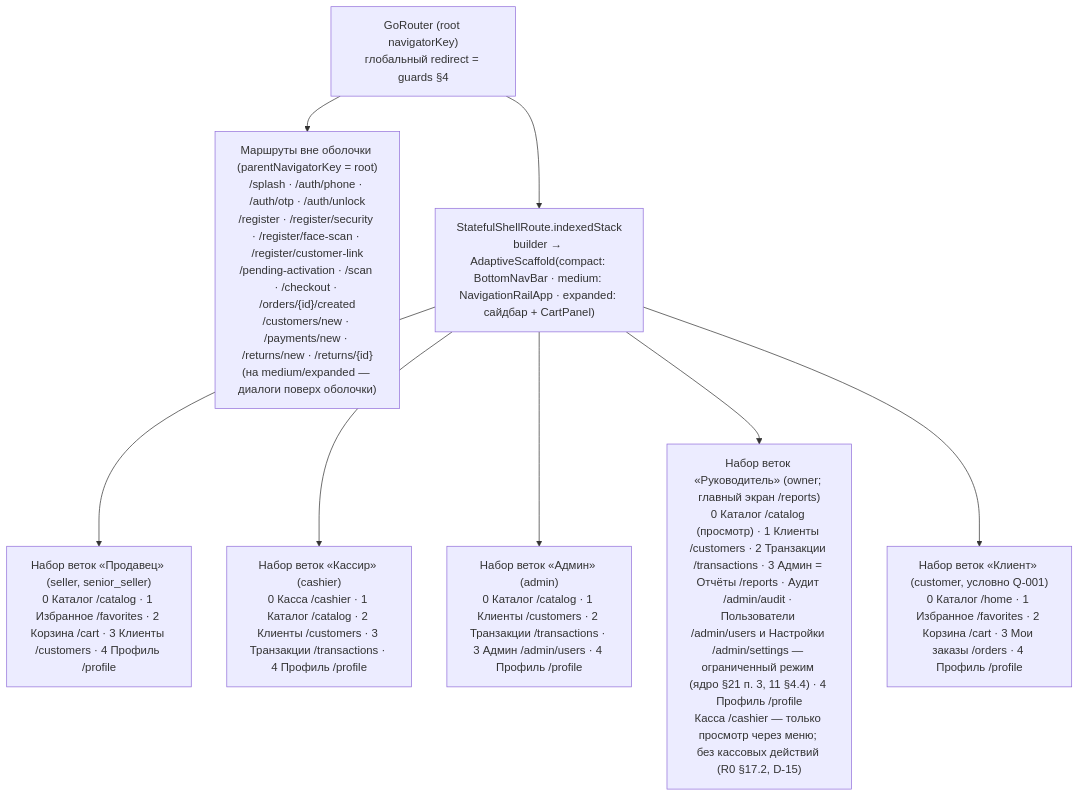
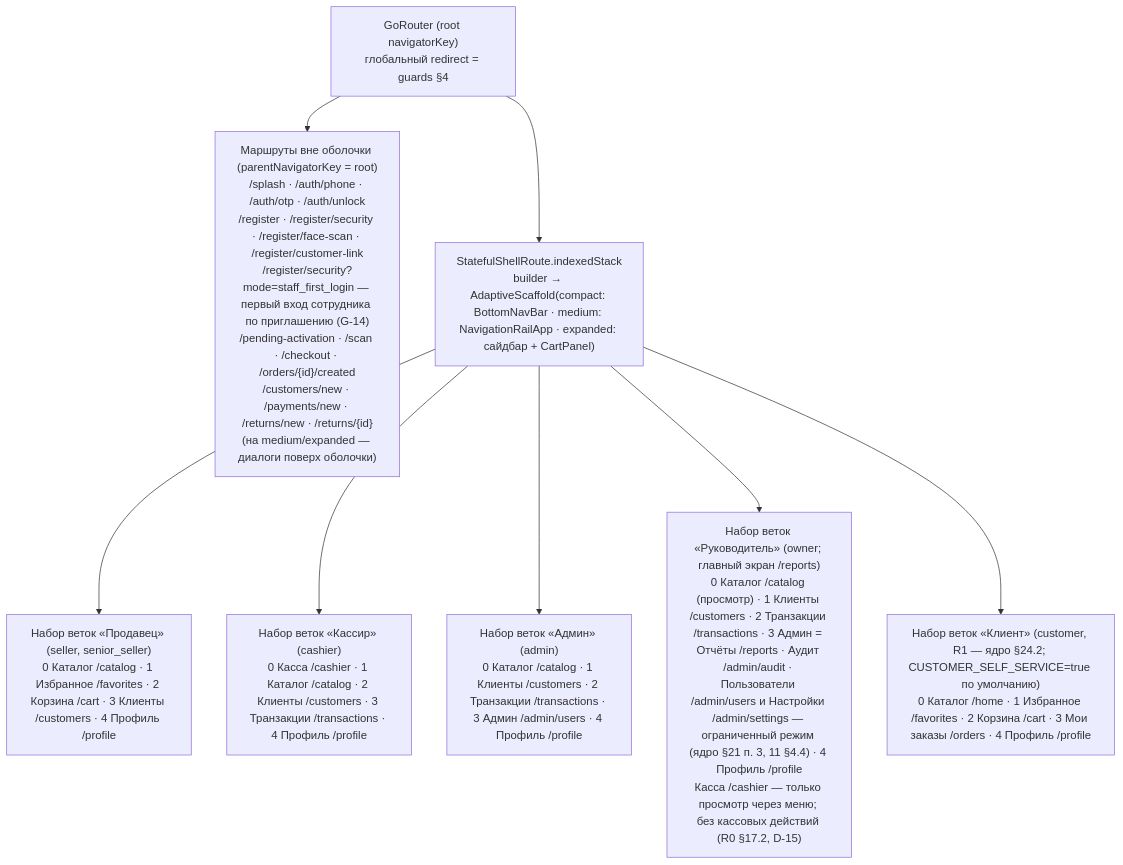
Before and after one commit to adhamjon100/optomstroy: the first of 5 diagrams in docs/specification/visual/navigation.md, drawn with Mermaid. The commit also changed other lines of this file and 2687 other files, not shown here.

````diff
--- a/docs/specification/visual/navigation.md
+++ b/docs/specification/visual/navigation.md
@@ -48,11 +50,11 @@
 ```mermaid
 flowchart TB
   ROOT["GoRouter (root navigatorKey)<br/>глобальный redirect = guards §4"]
-  ROOT --> TOP["Маршруты вне оболочки (parentNavigatorKey = root)<br/>/splash · /auth/phone · /auth/otp · /auth/unlock<br/>/register · /register/security · /register/face-scan · /register/customer-link<br/>/pending-activation · /scan · /checkout · /orders/{id}/created<br/>/customers/new · /payments/new · /returns/new · /returns/{id}<br/>(на medium/expanded — диалоги поверх оболочки)"]
+  ROOT --> TOP["Маршруты вне оболочки (parentNavigatorKey = root)<br/>/splash · /auth/phone · /auth/otp · /auth/unlock<br/>/register · /register/security · /register/face-scan · /register/customer-link<br/>/register/security?mode=staff_first_login — первый вход сотрудника по приглашению (G-14)<br/>/pending-activation · /scan · /checkout · /orders/{id}/created<br/>/customers/new · /payments/new · /returns/new · /returns/{id}<br/>(на medium/expanded — диалоги поверх оболочки)"]
   ROOT --> SHELL["StatefulShellRoute.indexedStack<br/>builder → AdaptiveScaffold(compact: BottomNavBar · medium: NavigationRailApp · expanded: сайдбар + CartPanel)"]
   SHELL --> SELLER["Набор веток «Продавец» (seller, senior_seller)<br/>0 Каталог /catalog · 1 Избранное /favorites · 2 Корзина /cart · 3 Клиенты /customers · 4 Профиль /profile"]
   SHELL --> CASHIER["Набор веток «Кассир» (cashier)<br/>0 Касса /cashier · 1 Каталог /catalog · 2 Клиенты /customers · 3 Транзакции /transactions · 4 Профиль /profile"]
   SHELL --> ADMIN["Набор веток «Админ» (admin)<br/>0 Каталог /catalog · 1 Клиенты /customers · 2 Транзакции /transactions · 3 Админ /admin/users · 4 Профиль /profile"]
   SHELL --> OWNER["Набор веток «Руководитель» (owner; главный экран /reports)<br/>0 Каталог /catalog (просмотр) · 1 Клиенты /customers · 2 Транзакции /transactions · 3 Админ = Отчёты /reports · Аудит /admin/audit · Пользователи /admin/users и Настройки /admin/settings — ограниченный режим (ядро §21 п. 3, 11 §4.4) · 4 Профиль /profile<br/>Касса /cashier — только просмотр через меню; без кассовых действий (R0 §17.2, D-15)"]
-  SHELL --> CUST["Набор веток «Клиент» (customer, условно Q-001)<br/>0 Каталог /home · 1 Избранное /favorites · 2 Корзина /cart · 3 Мои заказы /orders · 4 Профиль /profile"]
+  SHELL --> CUST["Набор веток «Клиент» (customer, R1 — ядро §24.2; CUSTOMER_SELF_SERVICE=true по умолчанию)<br/>0 Каталог /home · 1 Избранное /favorites · 2 Корзина /cart · 3 Мои заказы /orders · 4 Профиль /profile"]
 ```
````
